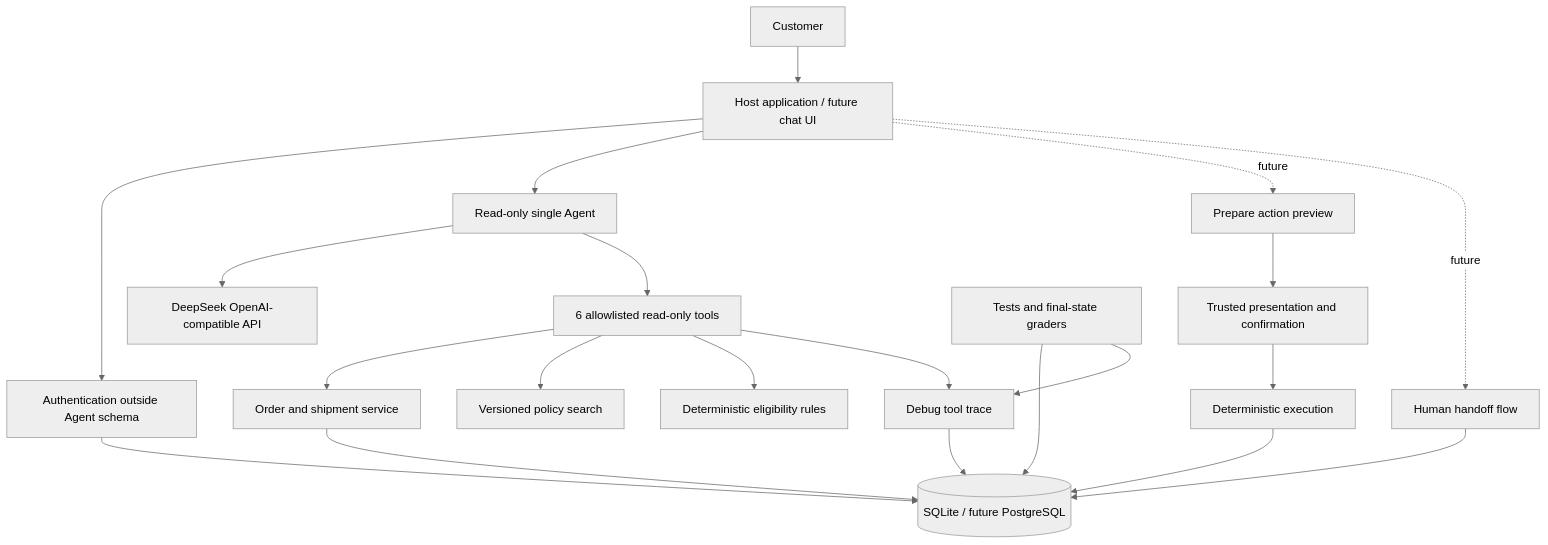
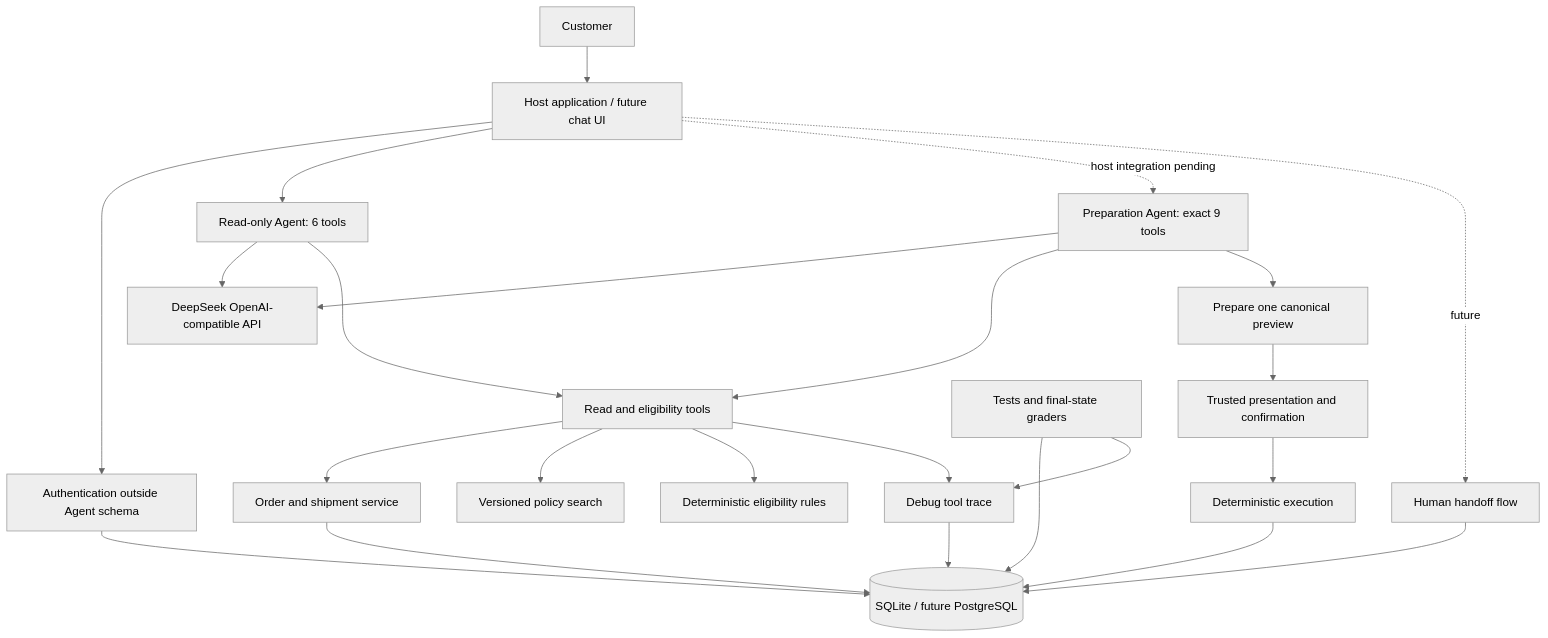
Before and after one commit to NafYoung/customer-service-agent-v0: the diagram in README.md, drawn with Mermaid (neutral theme). The commit also changed other lines of this file and 36 other files, not shown here.

````diff
--- a/README.md
+++ b/README.md
@@ -50,23 +62,26 @@
 ```mermaid
 flowchart TD
     U[Customer] --> H[Host application / future chat UI]
     H --> AUTH[Authentication outside Agent schema]
-    H --> A[Read-only single Agent]
-    A --> LLM[DeepSeek OpenAI-compatible API]
-    A --> T[6 allowlisted read-only tools]
+    H --> RO[Read-only Agent: 6 tools]
+    H -. host integration pending .-> PA[Preparation Agent: exact 9 tools]
+    RO --> LLM[DeepSeek OpenAI-compatible API]
+    PA --> LLM
+    RO --> T[Read and eligibility tools]
+    PA --> T
+    PA --> PREP[Prepare one canonical preview]
     T --> ORD[Order and shipment service]
     T --> POL[Versioned policy search]
     T --> RULES[Deterministic eligibility rules]
-    H -. future .-> PREP[Prepare action preview]
     H -. future .-> HANDOFF[Human handoff flow]
     PREP --> CONF[Trusted presentation and confirmation]
     CONF --> ACT[Deterministic execution]
     AUTH --> DB[(SQLite / future PostgreSQL)]
     ORD --> DB
     ACT --> DB
     HANDOFF --> DB
     T --> TRACE[Debug tool trace]
     TRACE --> DB
     EVAL[Tests and final-state graders] --> DB
     EVAL --> TRACE
 ```
````
